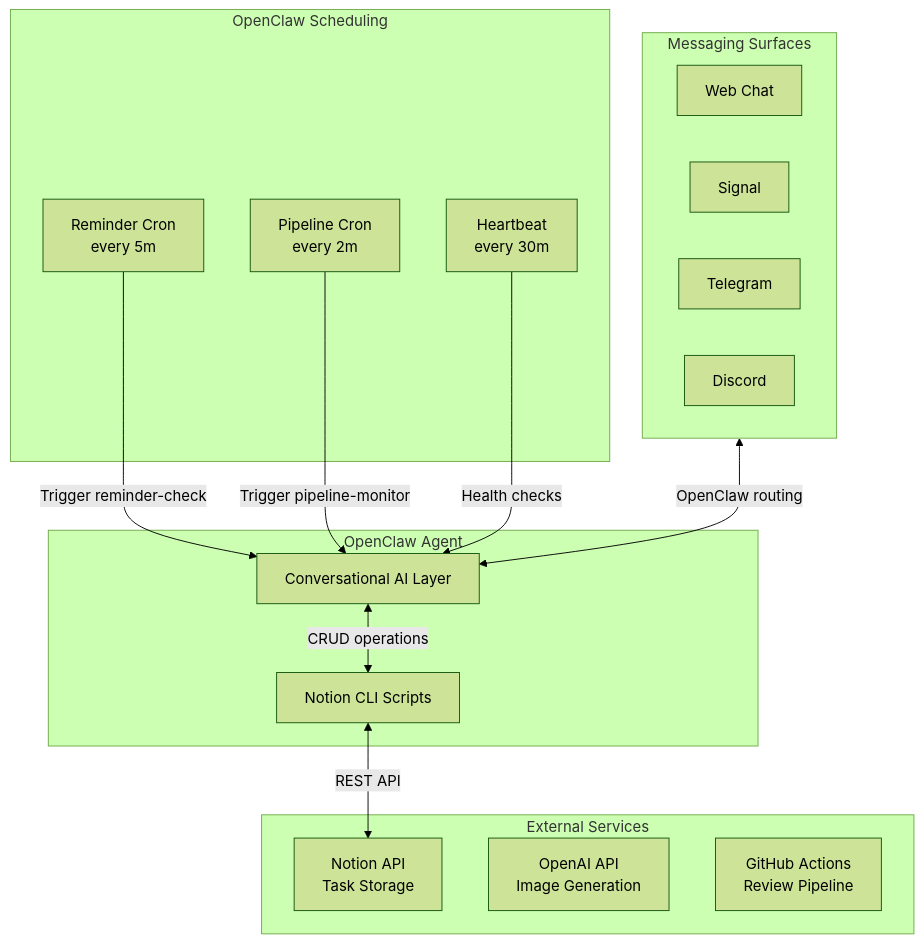
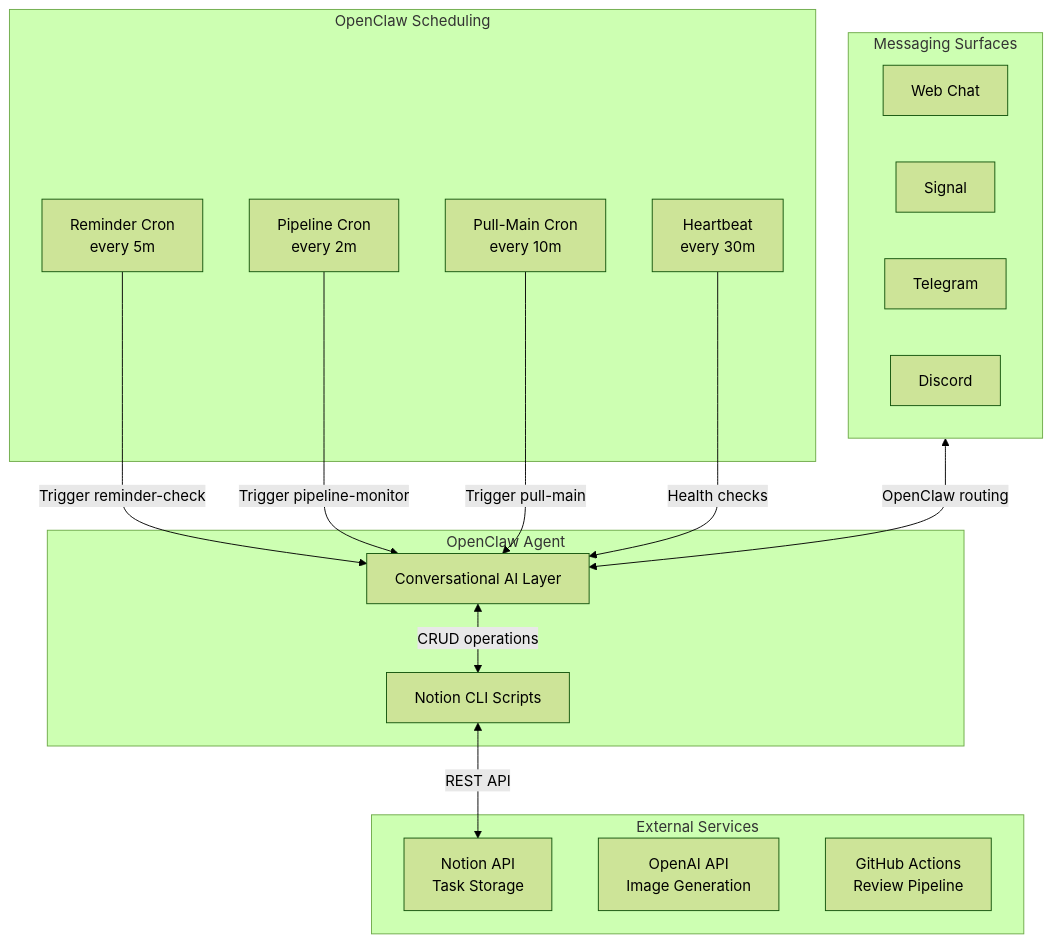
The first of 6 diagrams in docs/architecture.md (NickBorgersProbably/hide-my-list), drawn with Mermaid (forest theme) before and after one commit. The commit also changed other lines of this file and 7 other files, not shown here.

````diff
--- a/docs/architecture.md
+++ b/docs/architecture.md
@@ -14,33 +14,35 @@
 ```mermaid
 flowchart TB
     subgraph Agent["OpenClaw Agent"]
         AI[Conversational AI Layer]
         Scripts[Notion CLI Scripts]
     end
 
     subgraph Scheduling["OpenClaw Scheduling"]
         Heartbeat[Heartbeat<br/>every 30m]
         ReminderCron[Reminder Cron<br/>every 5m]
         PipelineCron[Pipeline Cron<br/>every 2m]
+        PullMainCron[Pull-Main Cron<br/>every 10m]
     end
 
     subgraph Messaging["Messaging Surfaces"]
         Web[Web Chat]
         Signal[Signal]
         Telegram[Telegram]
         Discord[Discord]
     end
 
     subgraph External["External Services"]
         Notion[Notion API<br/>Task Storage]
         OpenAI[OpenAI API<br/>Image Generation]
         GitHub[GitHub Actions<br/>Review Pipeline]
     end
 
     Messaging <-->|OpenClaw routing| AI
     AI <-->|CRUD operations| Scripts
     Scripts <-->|REST API| Notion
     ReminderCron -->|Trigger reminder-check| AI
     PipelineCron -->|Trigger pipeline-monitor| AI
+    PullMainCron -->|Trigger pull-main| AI
     Heartbeat -->|Health checks| AI
 ```
````
